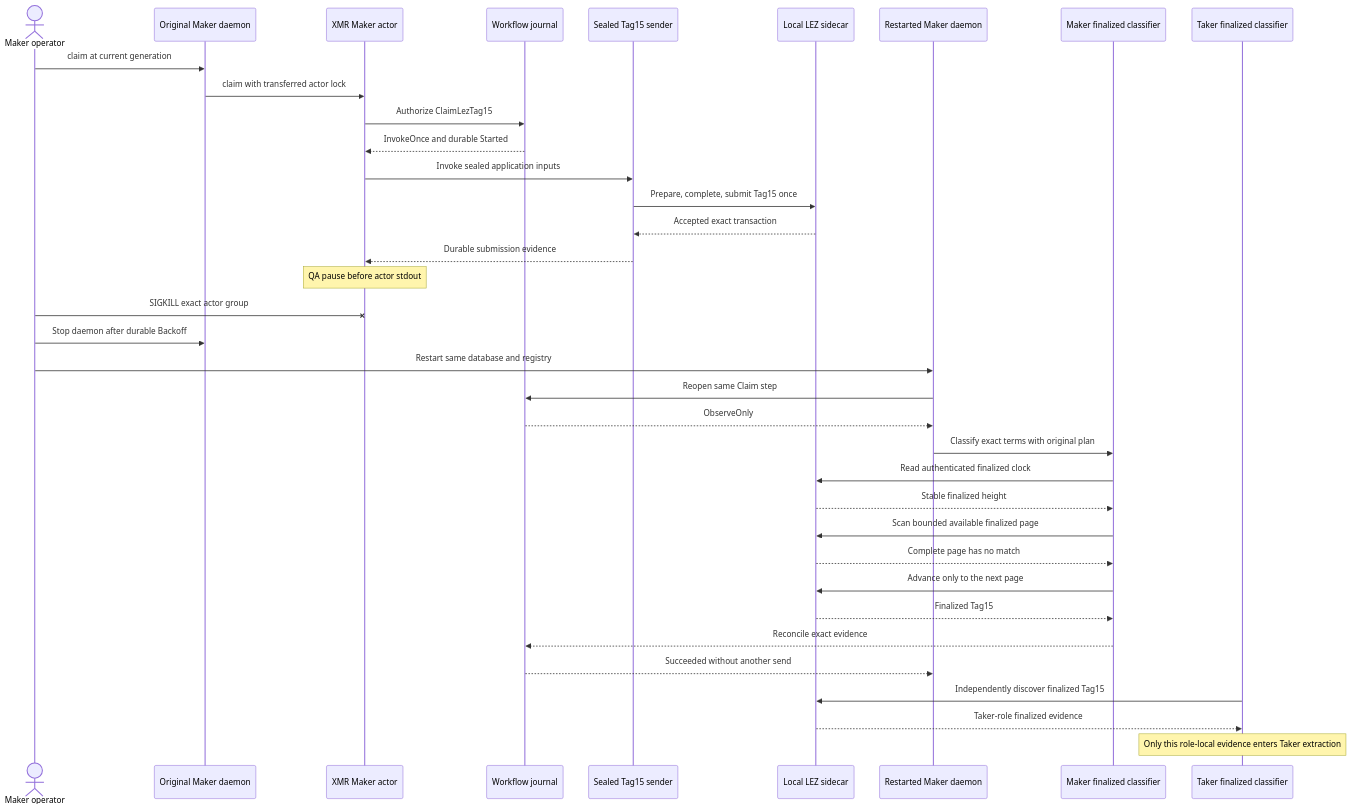
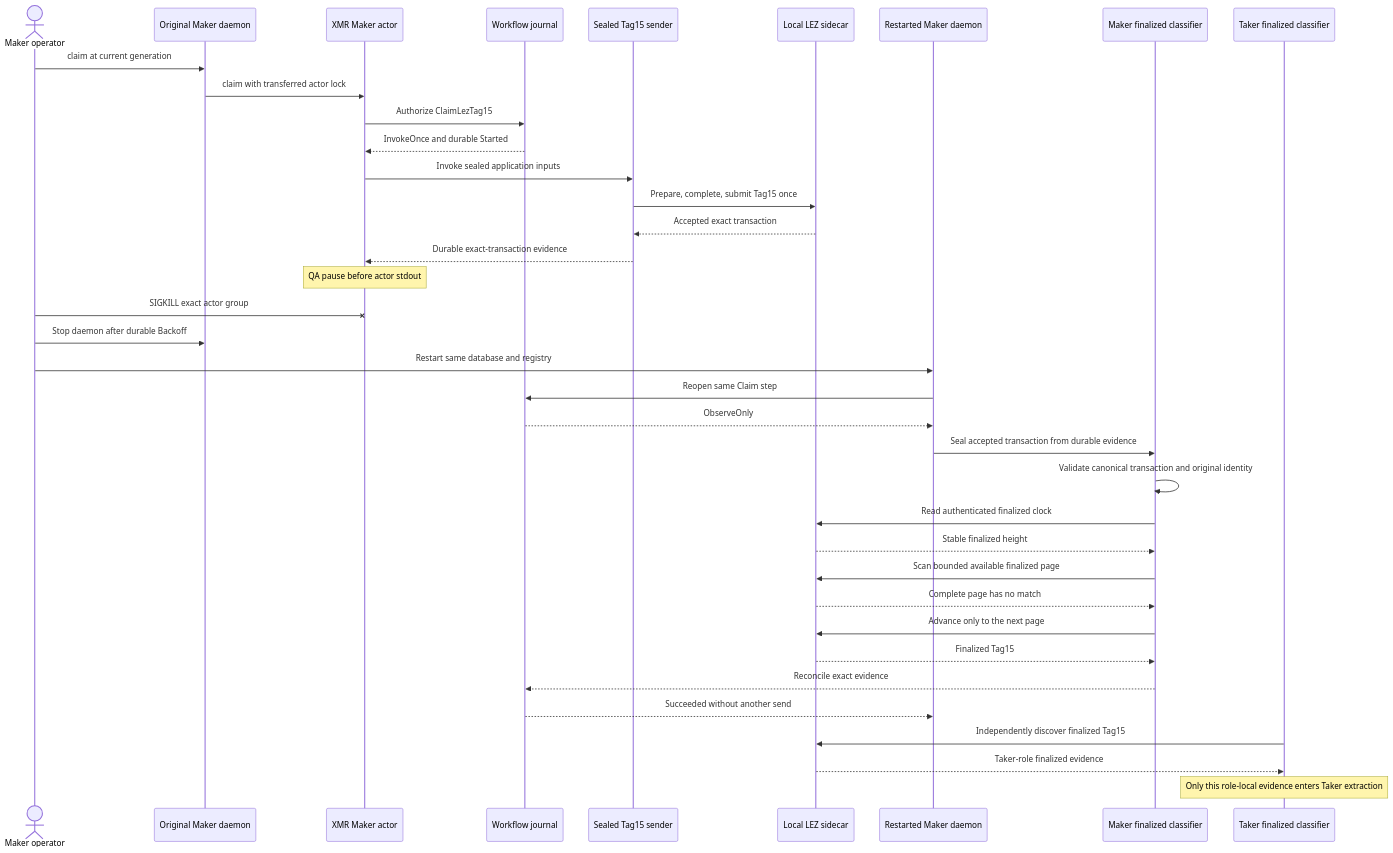
One commit to gateway-fm/lez-atomic-swaps changed the second of 2 diagrams in docs/architecture/0196-recover-maker-tag15-after-process-kill.md. Above: the diagram before and after it, drawn with Mermaid. The commit also changed other lines of this file and 11 other files, not shown here.

Commit message:
fix(m7): recover exact Tag15 transaction

````diff
--- a/docs/architecture/0196-recover-maker-tag15-after-process-kill.md
+++ b/docs/architecture/0196-recover-maker-tag15-after-process-kill.md
@@ -71,39 +72,40 @@
 ```mermaid
 sequenceDiagram
     actor U as Maker operator
     participant D1 as Original Maker daemon
     participant A1 as XMR Maker actor
     participant J as Workflow journal
     participant S as Sealed Tag15 sender
     participant L as Local LEZ sidecar
     participant D2 as Restarted Maker daemon
     participant O as Maker finalized classifier
     participant TO as Taker finalized classifier
 
     U->>D1: claim at current generation
     D1->>A1: claim with transferred actor lock
     A1->>J: Authorize ClaimLezTag15
     J-->>A1: InvokeOnce and durable Started
     A1->>S: Invoke sealed application inputs
     S->>L: Prepare, complete, submit Tag15 once
     L-->>S: Accepted exact transaction
-    S-->>A1: Durable submission evidence
+    S-->>A1: Durable exact-transaction evidence
     Note over A1: QA pause before actor stdout
     U-xA1: SIGKILL exact actor group
     U->>D1: Stop daemon after durable Backoff
     U->>D2: Restart same database and registry
     D2->>J: Reopen same Claim step
     J-->>D2: ObserveOnly
-    D2->>O: Classify exact terms with original plan
+    D2->>O: Seal accepted transaction from durable evidence
+    O->>O: Validate canonical transaction and original identity
     O->>L: Read authenticated finalized clock
     L-->>O: Stable finalized height
     O->>L: Scan bounded available finalized page
     L-->>O: Complete page has no match
     O->>L: Advance only to the next page
     L-->>O: Finalized Tag15
     O-->>J: Reconcile exact evidence
     J-->>D2: Succeeded without another send
     TO->>L: Independently discover finalized Tag15
     L-->>TO: Taker-role finalized evidence
     Note over TO: Only this role-local evidence enters Taker extraction
 ```
````
